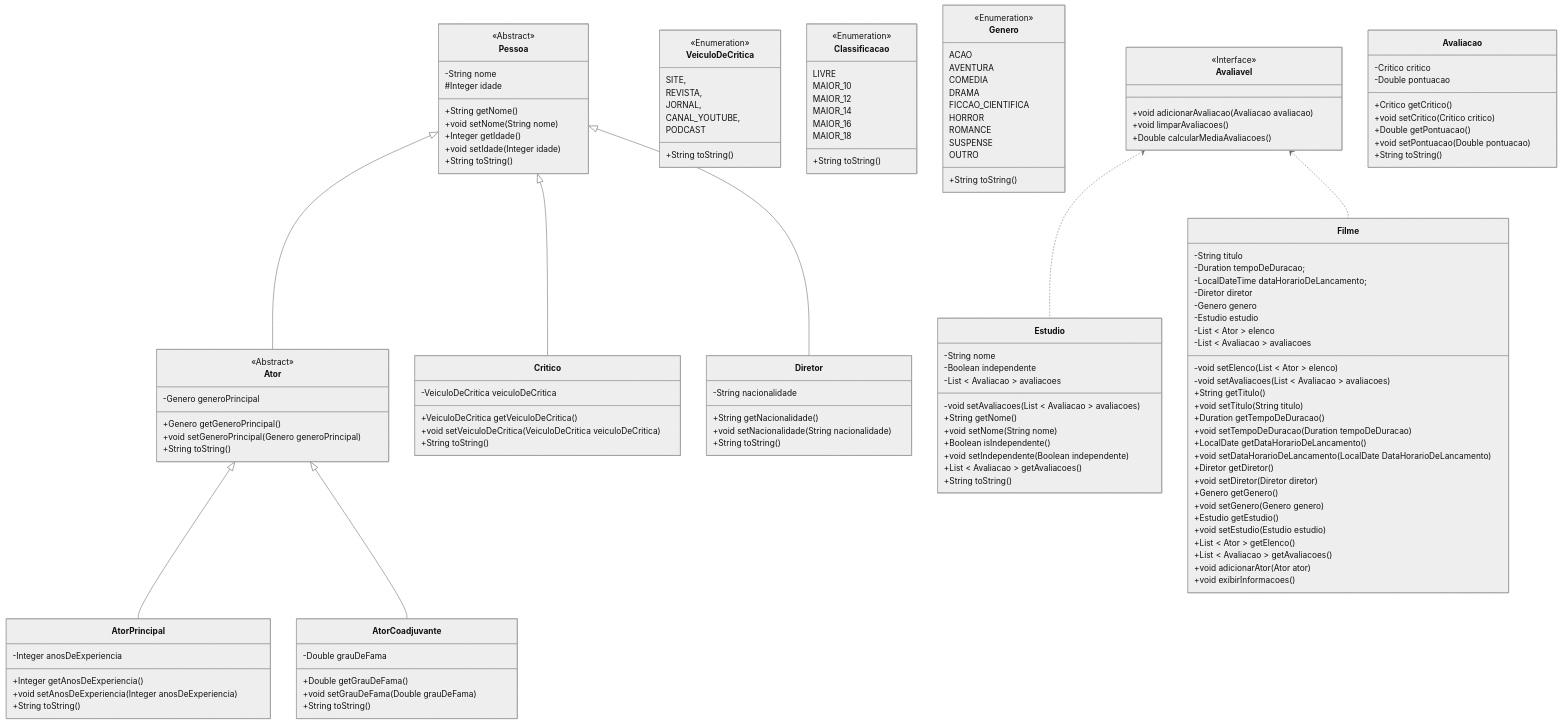
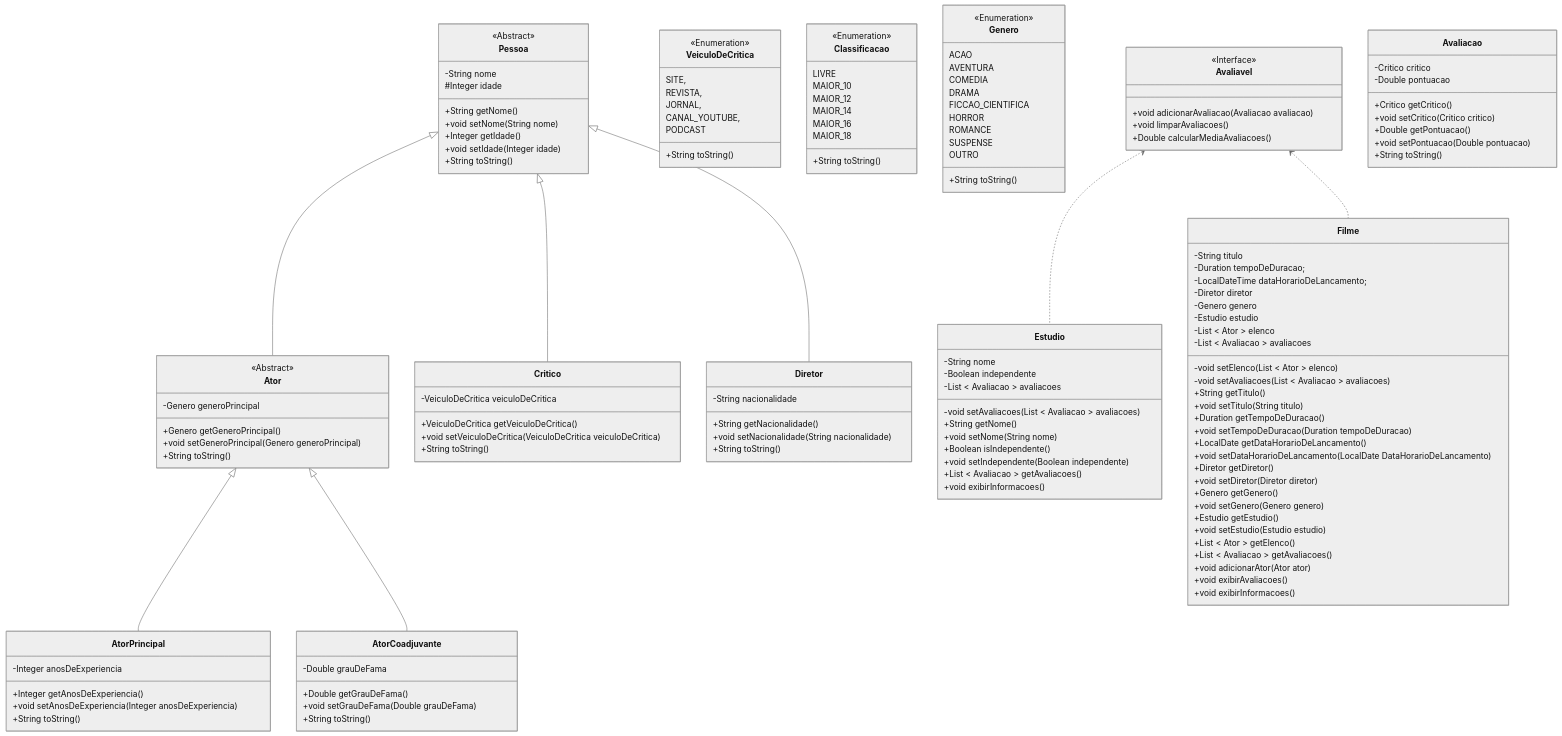
Before and after one commit to heltonricardo/enunciados-exercicios-java: the diagram in exercicio-003/versao-001/README.md, drawn with Mermaid (neutral theme). The commit also changed other lines of this file, not shown here.

```diff
--- a/exercicio-003/versao-001/README.md
+++ b/exercicio-003/versao-001/README.md
@@ -119,7 +120,7 @@
   +Boolean isIndependente()
   +void setIndependente(Boolean independente)
   +List < Avaliacao > getAvaliacoes()
-  +String toString()
+  +void exibirInformacoes()
 }
 
 class Filme {
@@ -148,6 +149,7 @@
   +List < Ator > getElenco()
   +List < Avaliacao > getAvaliacoes()
   +void adicionarAtor(Ator ator)
+  +void exibirAvaliacoes()
   +void exibirInformacoes()
 }
 
```
